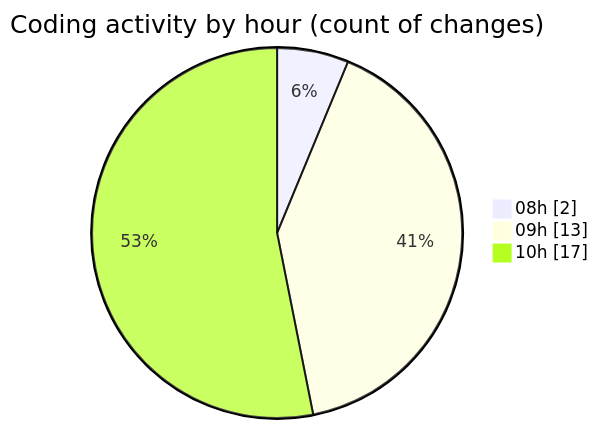
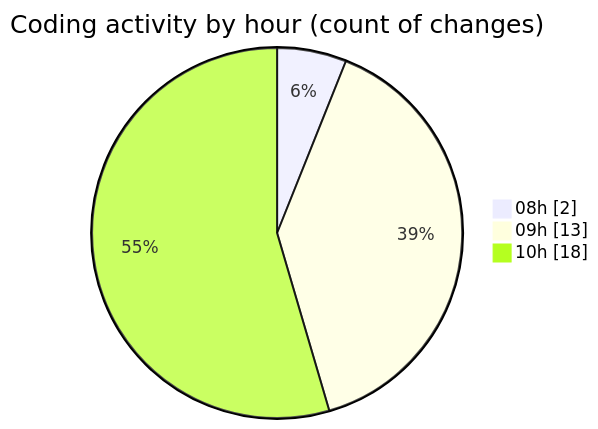
Before and after one commit to LanceThiago/code-tracking: the second of 2 diagrams in 2025-03-26/kml/README.md, drawn with Mermaid. The commit also changed other lines of this file and 1 other file, not shown here.

````diff
--- a/2025-03-26/kml/README.md
+++ b/2025-03-26/kml/README.md
@@ -32,7 +32,7 @@
 ```mermaid
 pie showData
 title Coding activity by hour (count of changes)
 "08h" : 2
 "09h" : 13
-"10h" : 17
+"10h" : 18
 ```
````
